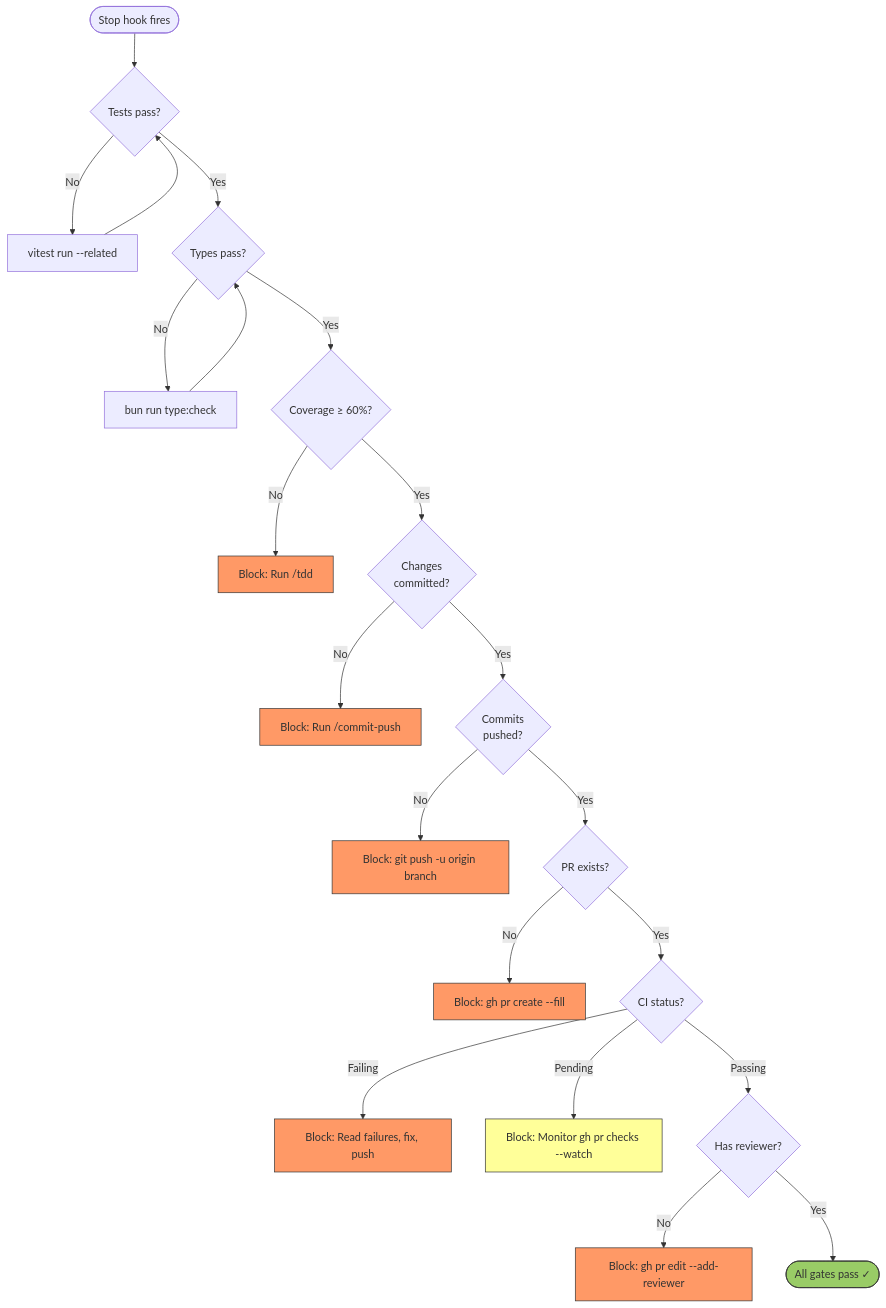
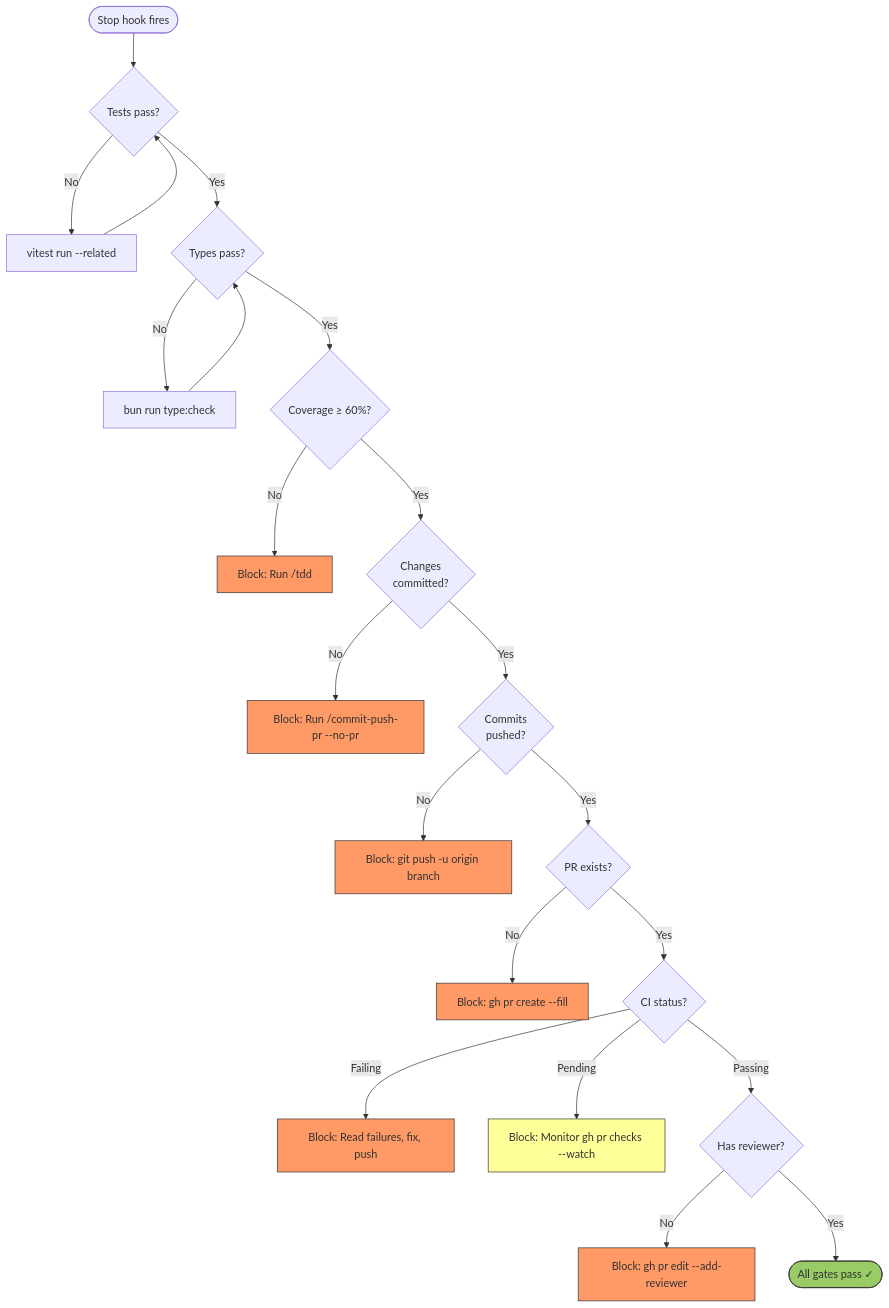
Before and after one commit to malinskibeniamin/skills: the second of 2 diagrams in development-lifecycle/REFERENCE.md, drawn with Mermaid. The commit also changed 20 other files, not shown here.

First line of the commit message:
refactor(skills): wave 6 -- brainstorming into grilling, drop commit-push alias

````diff
--- a/development-lifecycle/REFERENCE.md
+++ b/development-lifecycle/REFERENCE.md
@@ -403,39 +403,39 @@
 ```mermaid
 flowchart TD
     Stop([Stop hook fires]) --> Tests{Tests pass?}
     Tests -->|No| RunTests["vitest run --related"]
     RunTests --> Tests
     Tests -->|Yes| Types{Types pass?}
 
     Types -->|No| RunTypes["bun run type:check"]
     RunTypes --> Types
     Types -->|Yes| Coverage{Coverage ≥ 60%?}
 
     Coverage -->|No| TDD["Block: Run /tdd"]
     Coverage -->|Yes| Committed{Changes<br/>committed?}
 
-    Committed -->|No| Commit["Block: Run /commit-push"]
+    Committed -->|No| Commit["Block: Run /commit-push-pr --no-pr"]
     Committed -->|Yes| Pushed{Commits<br/>pushed?}
 
     Pushed -->|No| Push["Block: git push -u origin branch"]
     Pushed -->|Yes| PR{PR exists?}
 
     PR -->|No| CreatePR["Block: gh pr create --fill"]
     PR -->|Yes| CI{CI status?}
 
     CI -->|Failing| FixCI["Block: Read failures, fix, push"]
     CI -->|Pending| Monitor["Block: Monitor gh pr checks --watch"]
     CI -->|Passing| Reviewer{Has reviewer?}
 
     Reviewer -->|No| RequestReview["Block: gh pr edit --add-reviewer"]
     Reviewer -->|Yes| Done([All gates pass ✓])
 
     style TDD fill:#f96,stroke:#333
     style Commit fill:#f96,stroke:#333
     style Push fill:#f96,stroke:#333
     style CreatePR fill:#f96,stroke:#333
     style FixCI fill:#f96,stroke:#333
     style Monitor fill:#ff9,stroke:#333
     style RequestReview fill:#f96,stroke:#333
     style Done fill:#9c6,stroke:#333
 ```
````
